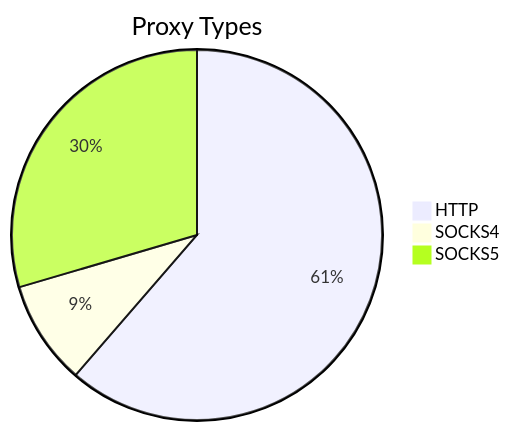
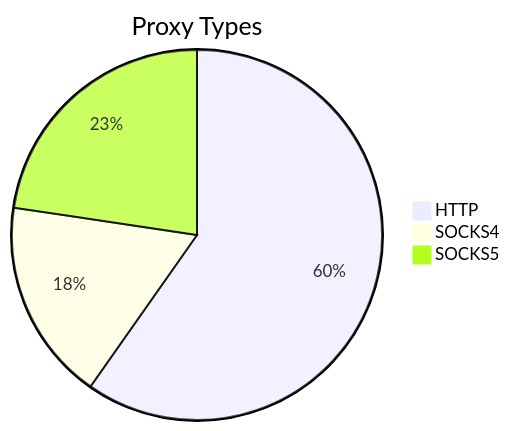
One commit to stormsia/proxy-list changed the first of 2 diagrams in README.md. Above: the diagram before and after it, drawn with Mermaid. The commit also changed other lines of this file, not shown here.

````diff
--- a/README.md
+++ b/README.md
@@ -21,6 +21,6 @@
 ```mermaid
 pie title Proxy Types
-    "HTTP" : 54
-    "SOCKS4" : 8
-    "SOCKS5" : 26
+    "HTTP" : 95
+    "SOCKS4" : 28
+    "SOCKS5" : 36
 ```
````
